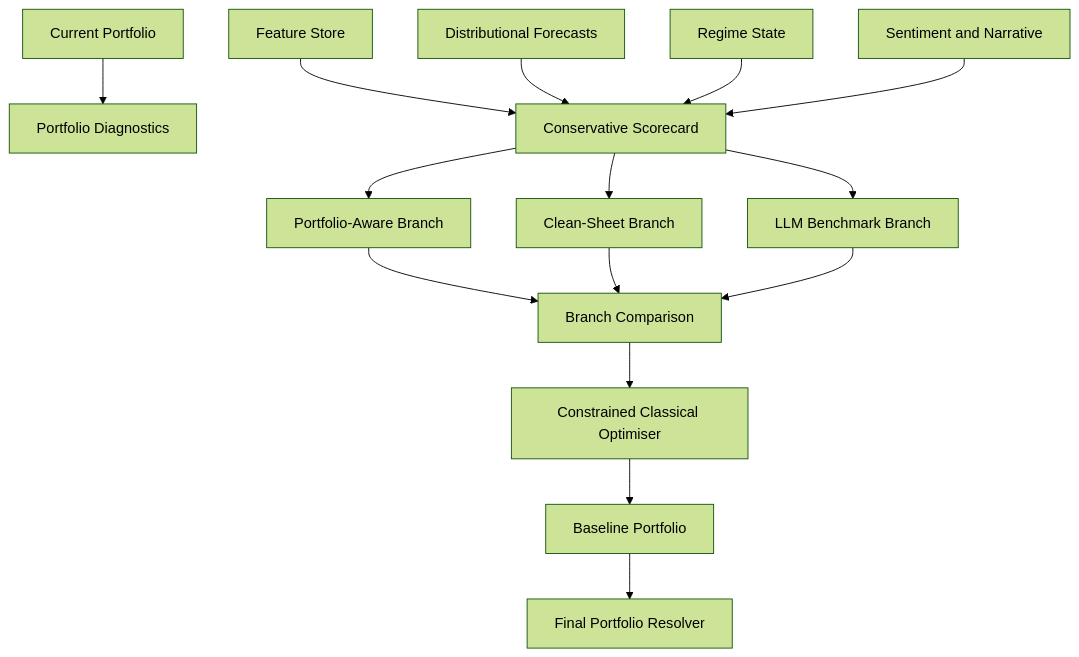
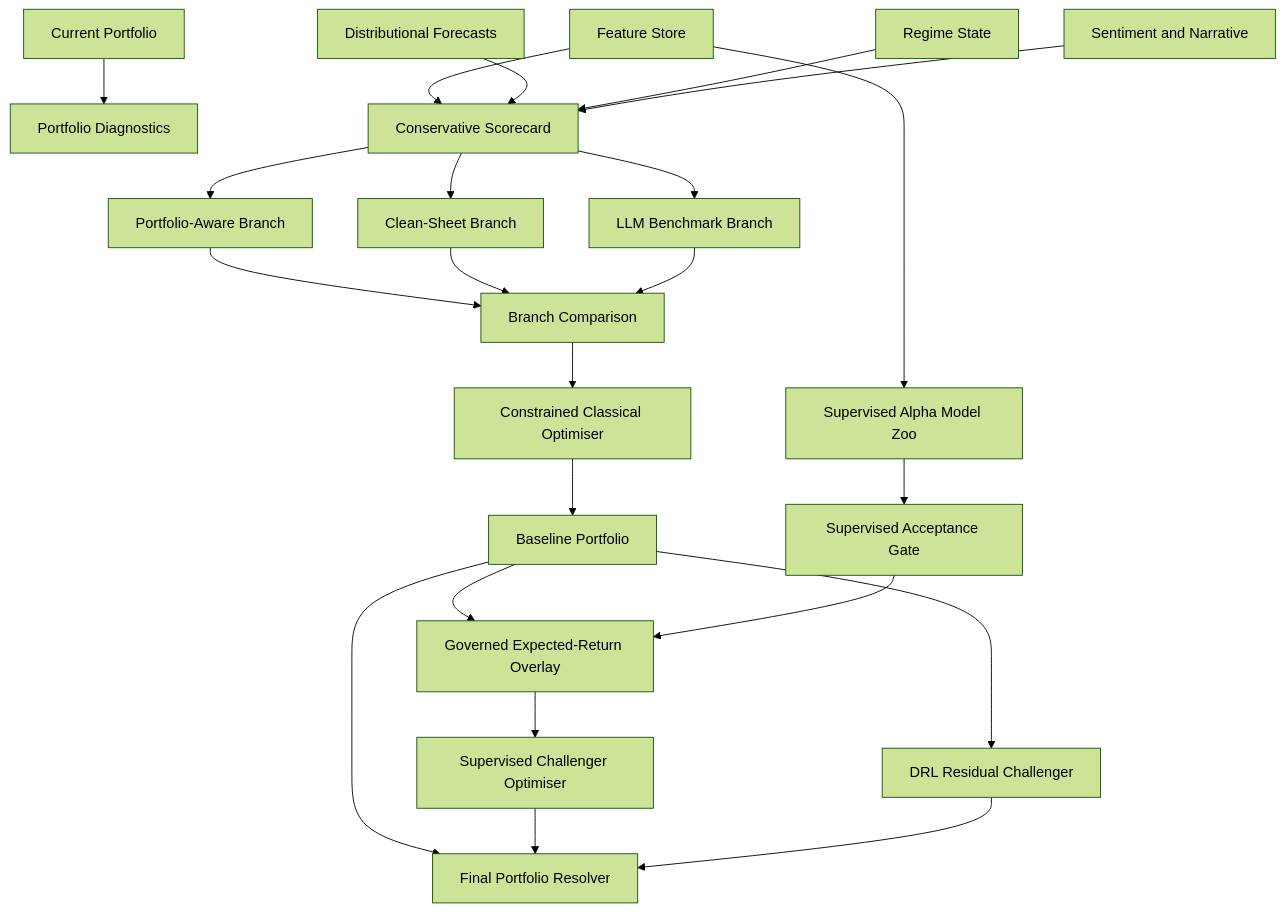
Before and after one commit to rohen97/Quantitative-Optimisation-Risk-Engine: the fourth of 9 diagrams in docs/ARCHITECTURE_DIAGRAMS.md, drawn with Mermaid (forest theme). The commit also changed other lines of this file and 11 other files, not shown here.

First line of the commit message:
Document supervised ML architecture and publish model comparison deck (#19)

````diff
--- a/docs/ARCHITECTURE_DIAGRAMS.md
+++ b/docs/ARCHITECTURE_DIAGRAMS.md
@@ -93,17 +113,25 @@
 ```mermaid
 flowchart TD
     CP[Current Portfolio] --> DIAG[Portfolio Diagnostics]
     FEAT[Feature Store] --> SCORE[Conservative Scorecard]
     FORE[Distributional Forecasts] --> SCORE
+    FEAT --> SUP[Supervised Alpha Model Zoo]
     REG[Regime State] --> SCORE
     SENT[Sentiment and Narrative] --> SCORE
     SCORE --> PA[Portfolio-Aware Branch]
     SCORE --> CS[Clean-Sheet Branch]
     SCORE --> LLM[LLM Benchmark Branch]
     PA --> COMP[Branch Comparison]
     CS --> COMP
     LLM --> COMP
     COMP --> OPT[Constrained Classical Optimiser]
     OPT --> BASE[Baseline Portfolio]
+    SUP --> SGATE[Supervised Acceptance Gate]
+    BASE --> SOVER[Governed Expected-Return Overlay]
+    SGATE --> SOVER
+    SOVER --> SOPT[Supervised Challenger Optimiser]
+    BASE --> DRL[DRL Residual Challenger]
     BASE --> FINAL[Final Portfolio Resolver]
+    SOPT --> FINAL
+    DRL --> FINAL
 ```
````
